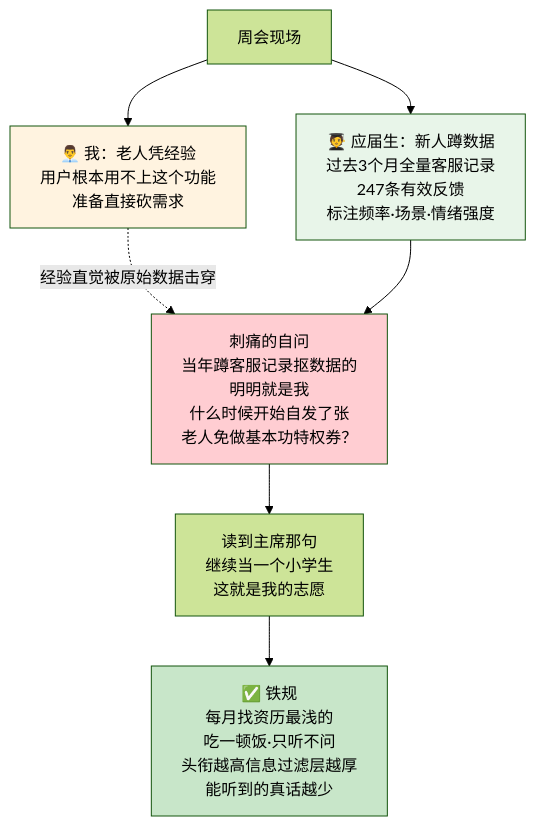
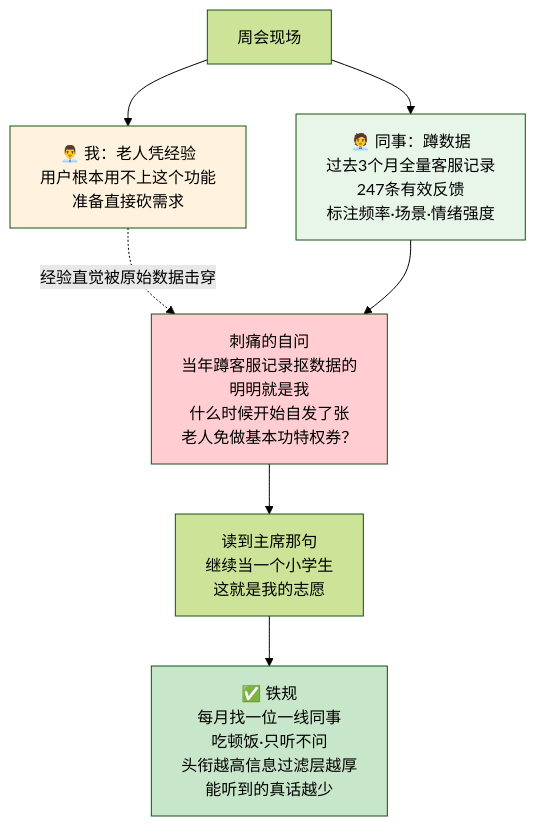
One commit to chongyang211/YCBookBlog changed the first of 7 diagrams in packages/website/13.书籍/01.毛选实战心法/54.甘当小学生精神.md. Above: the diagram before and after it, drawn with Mermaid (forest theme). The commit also changed other lines of this file, not shown here.

````diff
--- a/packages/website/13.书籍/01.毛选实战心法/54.甘当小学生精神.md
+++ b/packages/website/13.书籍/01.毛选实战心法/54.甘当小学生精神.md
@@ -43,13 +41,13 @@
 ```mermaid
 flowchart TD
     A["周会现场"] --> B["👨‍💼 我：老人凭经验<br/>用户根本用不上这个功能<br/>准备直接砍需求"]
-    A --> C["🧑‍🎓 应届生：新人蹲数据<br/>过去3个月全量客服记录<br/>247条有效反馈<br/>标注频率·场景·情绪强度"]
+    A --> C["🧑‍💼 同事：蹲数据<br/>过去3个月全量客服记录<br/>247条有效反馈<br/>标注频率·场景·情绪强度"]
     B -.->|"经验直觉被原始数据击穿"| D["刺痛的自问<br/>当年蹲客服记录抠数据的<br/>明明就是我<br/>什么时候开始自发了张<br/>老人免做基本功特权券？"]
     C --> D
     D --> E["读到主席那句<br/>继续当一个小学生<br/>这就是我的志愿"]
-    E --> F["✅ 铁规<br/>每月找资历最浅的<br/>吃一顿饭·只听不问<br/>头衔越高信息过滤层越厚<br/>能听到的真话越少"]
+    E --> F["✅ 铁规<br/>每月找一位一线同事<br/>吃顿饭·只听不问<br/>头衔越高信息过滤层越厚<br/>能听到的真话越少"]
     style B fill:#fff3e0
     style C fill:#e8f5e9
     style D fill:#ffcdd2
     style F fill:#c8e6c9
 ```
````
